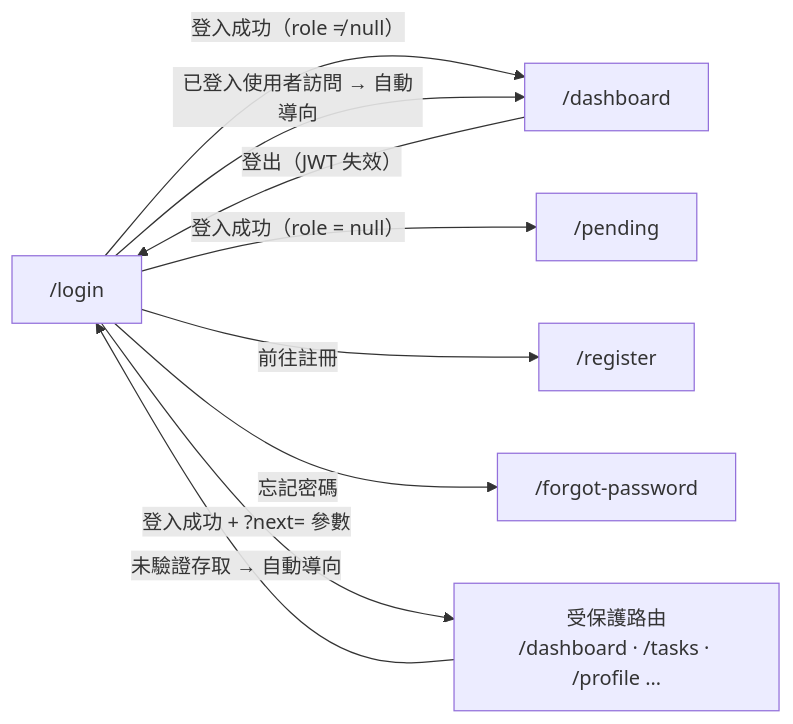
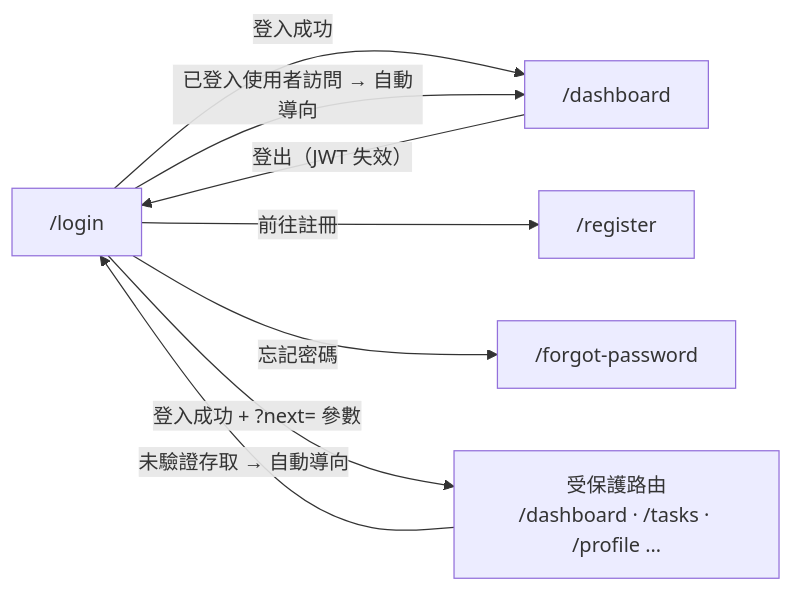
Before and after one commit to singyichen/label-suite: the second of 2 diagrams in specs/account/001-login-email-password/spec.md, drawn with Mermaid. The commit also changed other lines of this file and 11 other files, not shown here.

First line of the commit message:
refactor: remove pending state — all registered users get user role immediately

````diff
--- a/specs/account/001-login-email-password/spec.md
+++ b/specs/account/001-login-email-password/spec.md
@@ -128,19 +121,17 @@
 ```mermaid
 
 flowchart LR
     login["/login"]
     dashboard["/dashboard"]
-    pending["/pending"]
     register["/register"]
     forgot["/forgot-password"]
     protected["受保護路由\n/dashboard · /tasks · /profile …"]
 
-    login      -->|"登入成功（role ≠ null）"| dashboard
-    login      -->|"登入成功（role = null）"| pending
+    login      -->|"登入成功"| dashboard
     login      -->|"前往註冊"| register
     login      -->|"忘記密碼"| forgot
     dashboard  -->|"登出（JWT 失效）"| login
     protected  -->|"未驗證存取 → 自動導向"| login
     login      -->|"登入成功 + ?next= 參數"| protected
     login      -->|"已登入使用者訪問 → 自動導向"| dashboard
 ```
````
